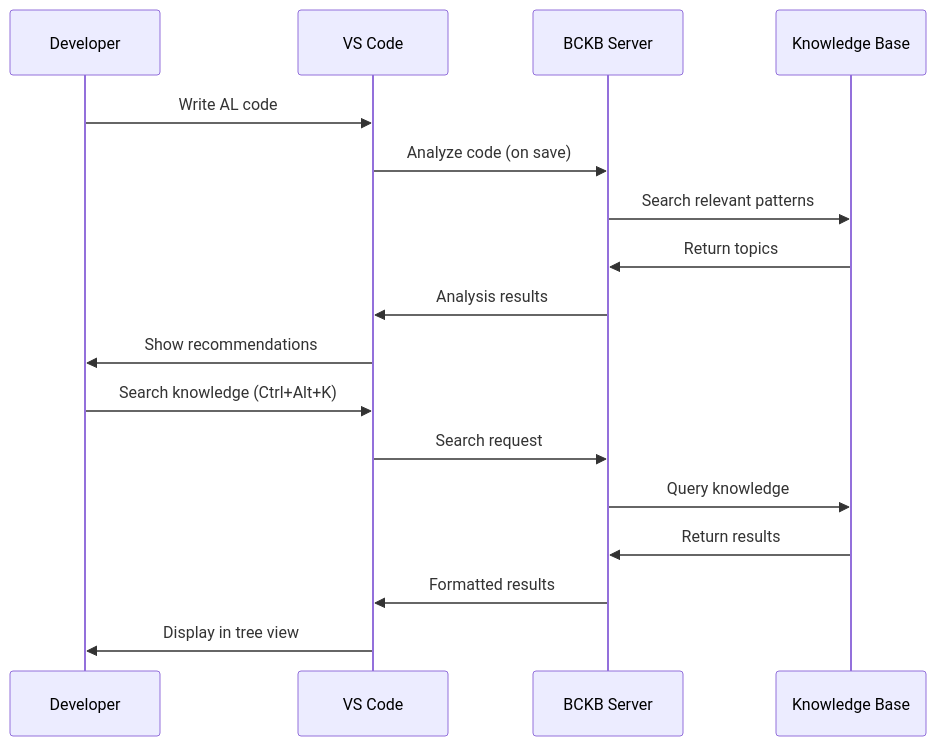
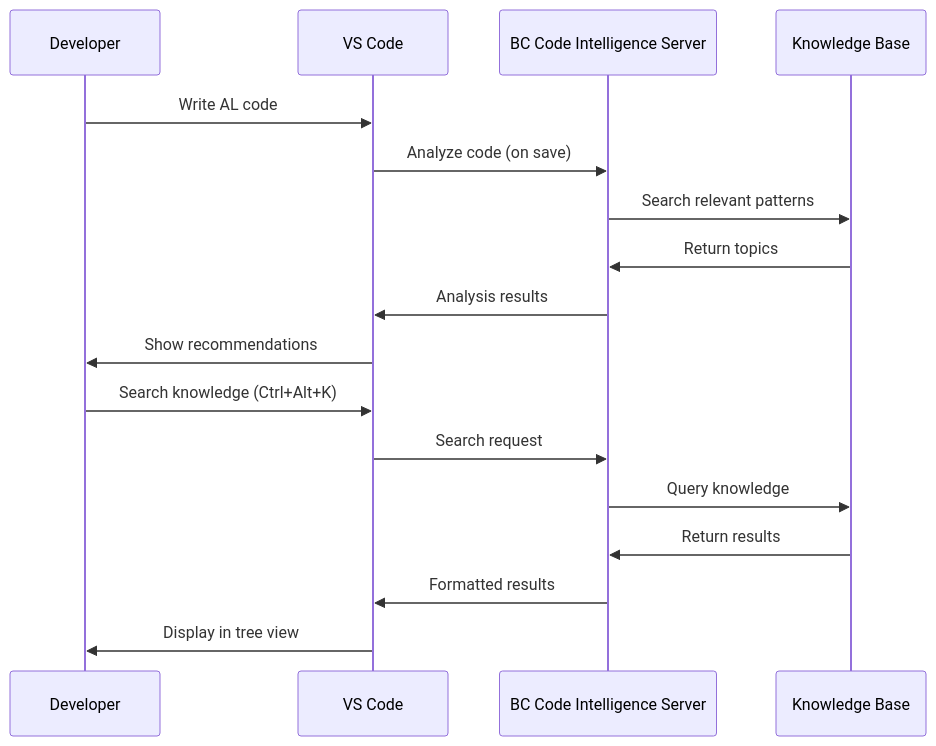
Before and after one commit to JeremyVyska/bc-code-intelligence-mcp: the second of 4 diagrams in docs/integration-ecosystem.md, drawn with Mermaid. The commit also changed other lines of this file and 4 other files, not shown here.

First line of the commit message:
Complete BC Code Intelligence migration

````diff
--- a/docs/integration-ecosystem.md
+++ b/docs/integration-ecosystem.md
@@ -194,21 +194,21 @@
 ```mermaid
 sequenceDiagram
     participant Dev as Developer
     participant VSC as VS Code
-    participant BCKB as BCKB Server
+    participant BCCodeIntel as BC Code Intelligence Server
     participant KB as Knowledge Base
 
     Dev->>VSC: Write AL code
-    VSC->>BCKB: Analyze code (on save)
-    BCKB->>KB: Search relevant patterns
-    KB->>BCKB: Return topics
-    BCKB->>VSC: Analysis results
+    VSC->>BCCodeIntel: Analyze code (on save)
+    BCCodeIntel->>KB: Search relevant patterns
+    KB->>BCCodeIntel: Return topics
+    BCCodeIntel->>VSC: Analysis results
     VSC->>Dev: Show recommendations
 
     Dev->>VSC: Search knowledge (Ctrl+Alt+K)
-    VSC->>BCKB: Search request
-    BCKB->>KB: Query knowledge
-    KB->>BCKB: Return results
-    BCKB->>VSC: Formatted results
+    VSC->>BCCodeIntel: Search request
+    BCCodeIntel->>KB: Query knowledge
+    KB->>BCCodeIntel: Return results
+    BCCodeIntel->>VSC: Formatted results
     VSC->>Dev: Display in tree view
 ```
````
